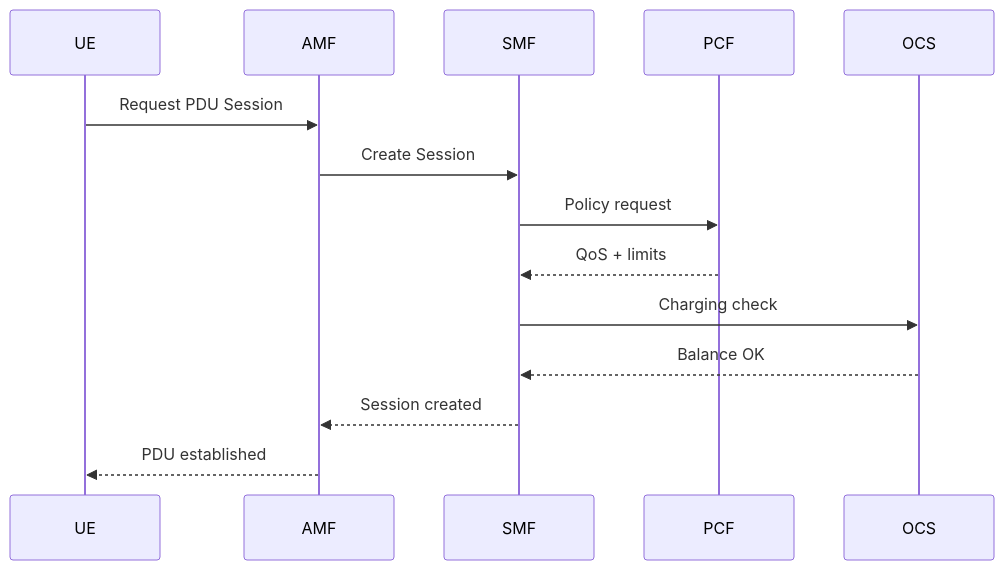
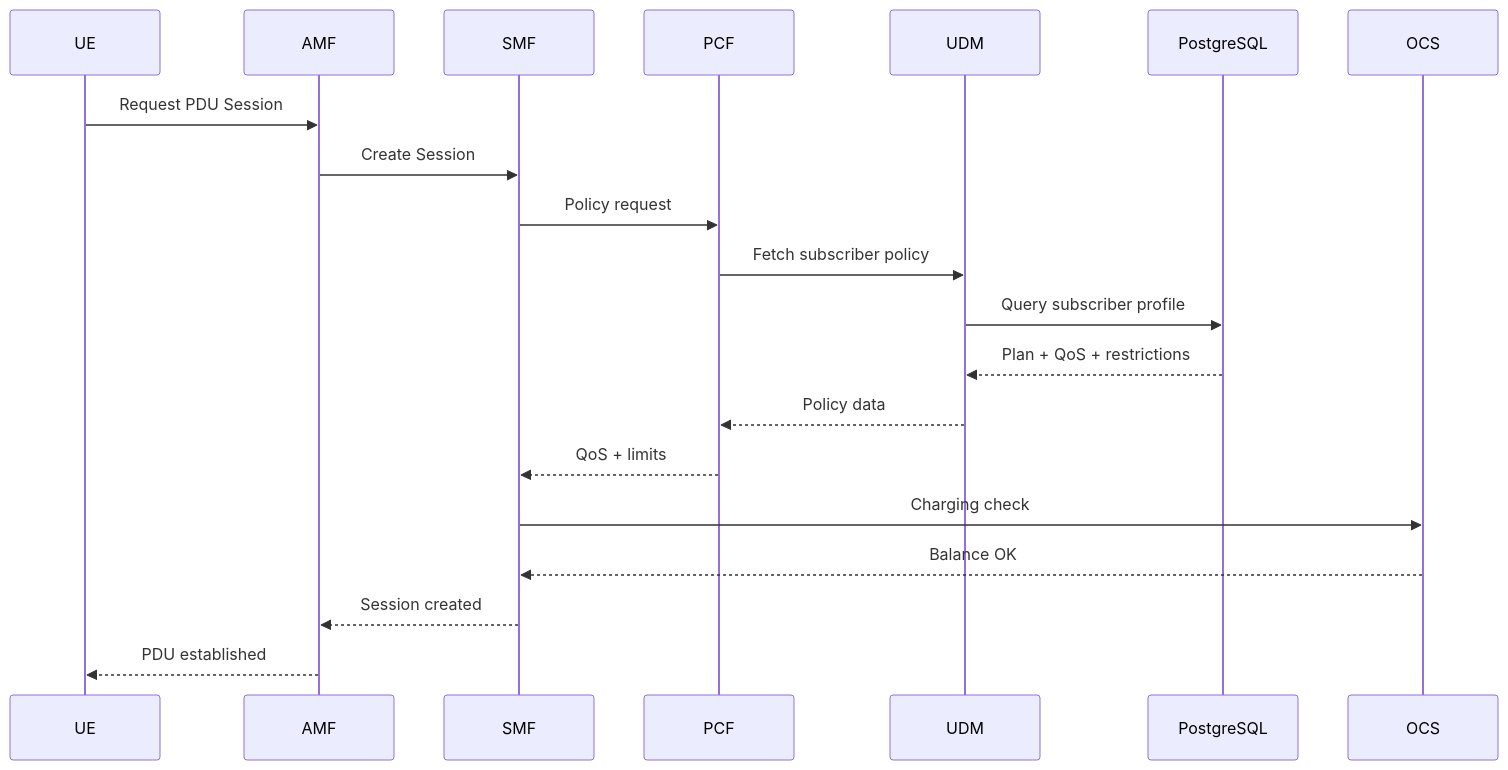
The third of 3 diagrams in README.md (marijan-madunic/telecom-lab), drawn with Mermaid before and after one commit. The commit also changed other lines of this file, not shown here.

Commit message:
Enhance README with PostgreSQL integration and updated 5G control-plane flows

````diff
--- a/README.md
+++ b/README.md
@@ -103,21 +132,27 @@
 ```mermaid
 sequenceDiagram
 
     participant UE
     participant AMF
     participant SMF
     participant PCF
+    participant UDM
+    participant DB as PostgreSQL
     participant OCS
 
     UE->>AMF: Request PDU Session
     AMF->>SMF: Create Session
 
     SMF->>PCF: Policy request
+    PCF->>UDM: Fetch subscriber policy
+    UDM->>DB: Query subscriber profile
+    DB-->>UDM: Plan + QoS + restrictions
+    UDM-->>PCF: Policy data
     PCF-->>SMF: QoS + limits
 
     SMF->>OCS: Charging check
     OCS-->>SMF: Balance OK
 
     SMF-->>AMF: Session created
     AMF-->>UE: PDU established
 ```     
````
